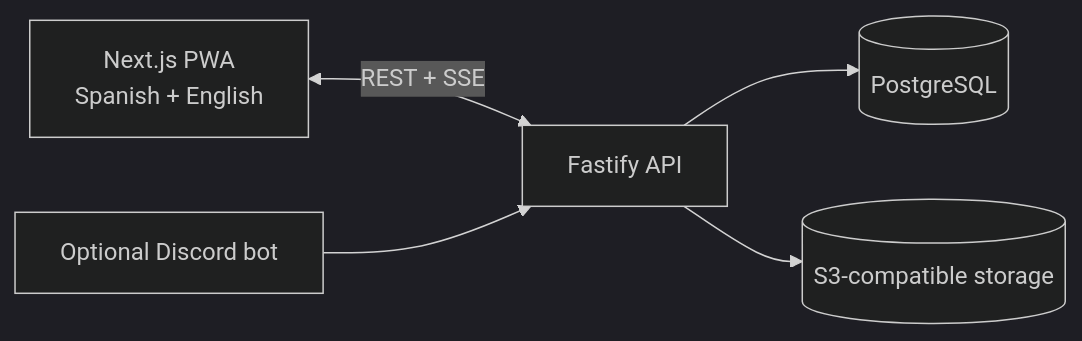
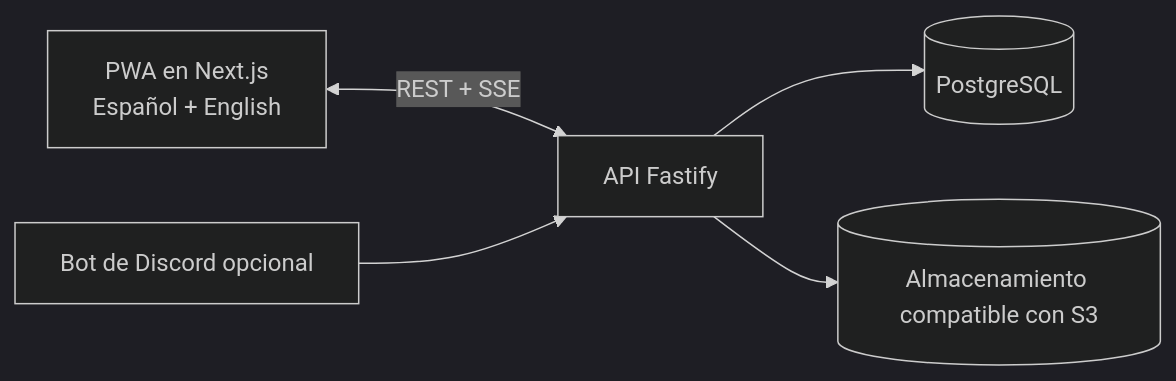
One commit to Dieguezar/opentournament changed the diagram in README.md. Above: the diagram before and after it, drawn with Mermaid (dark theme). The commit also changed other lines of this file and 2 other files, not shown here.

Commit message:
docs(readme): make Spanish the default language

````diff
--- a/README.md
+++ b/README.md
@@ -86,7 +86,7 @@
 ```mermaid
 flowchart LR
-    WEB["Next.js PWA<br/>Spanish + English"] <-->|"REST + SSE"| API["Fastify API"]
+    WEB["PWA en Next.js<br/>Español + English"] <-->|"REST + SSE"| API["API Fastify"]
     API --> DB[(PostgreSQL)]
-    API --> STORAGE[(S3-compatible storage)]
-    DISCORD["Optional Discord bot"] --> API
+    API --> STORAGE[(Almacenamiento compatible con S3)]
+    DISCORD["Bot de Discord opcional"] --> API
 ```
````
